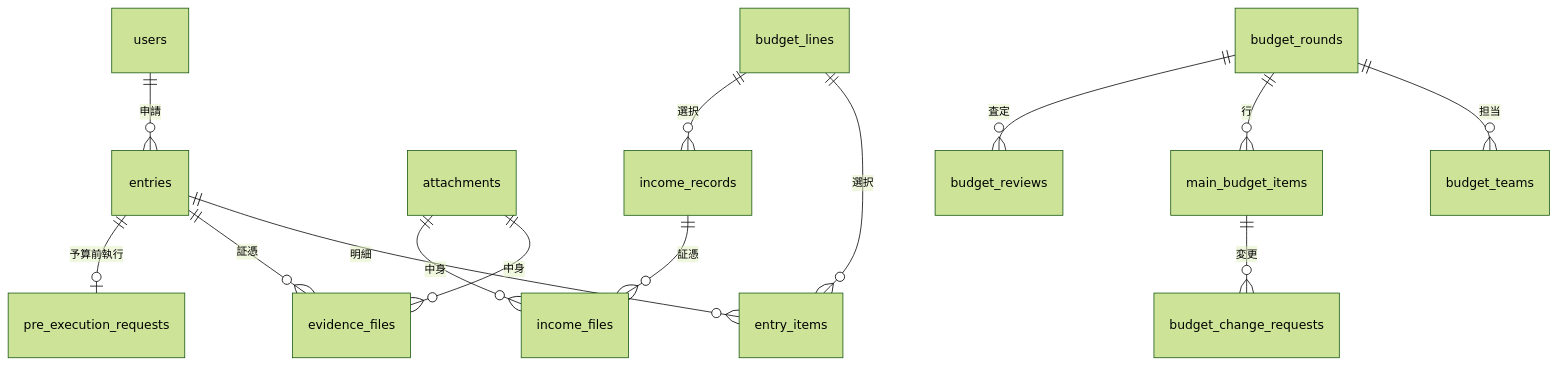
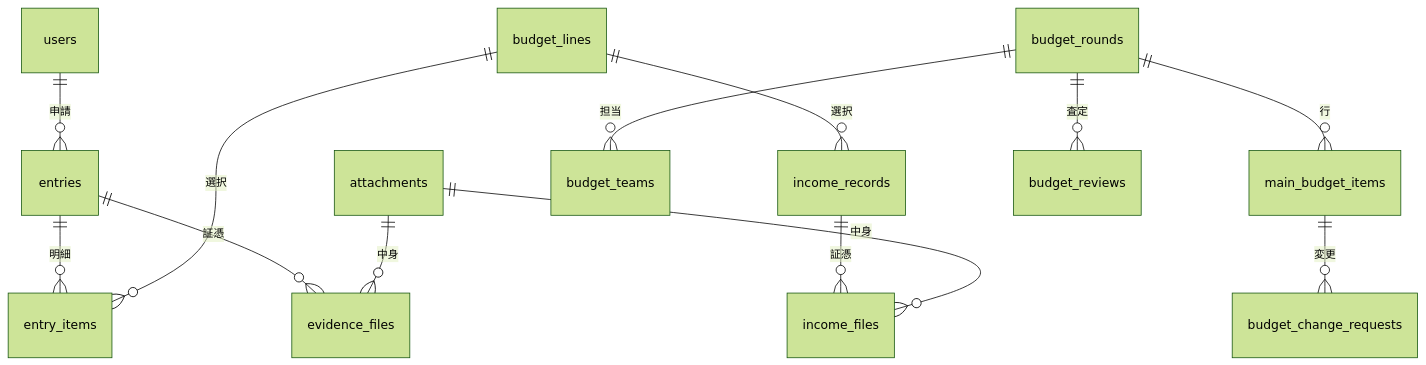
Before and after one commit to Kota-Ohira17/expenditure: diagram 12 of 18 in docs/仕様書.md, drawn with Mermaid (forest theme). The commit also changed other lines of this file and 10 other files, not shown here.

````diff
--- a/docs/仕様書.md
+++ b/docs/仕様書.md
@@ -1111,16 +1110,15 @@
 ```mermaid
 erDiagram
     users ||--o{ entries : "申請"
     entries ||--o{ entry_items : "明細"
     budget_lines ||--o{ entry_items : "選択"
     entries ||--o{ evidence_files : "証憑"
     attachments ||--o{ evidence_files : "中身"
     budget_lines ||--o{ income_records : "選択"
     income_records ||--o{ income_files : "証憑"
     attachments ||--o{ income_files : "中身"
     budget_rounds ||--o{ budget_teams : "担当"
     budget_rounds ||--o{ main_budget_items : "行"
     budget_rounds ||--o{ budget_reviews : "査定"
     main_budget_items ||--o{ budget_change_requests : "変更"
-    entries ||--o| pre_execution_requests : "予算前執行"
 ```
````
